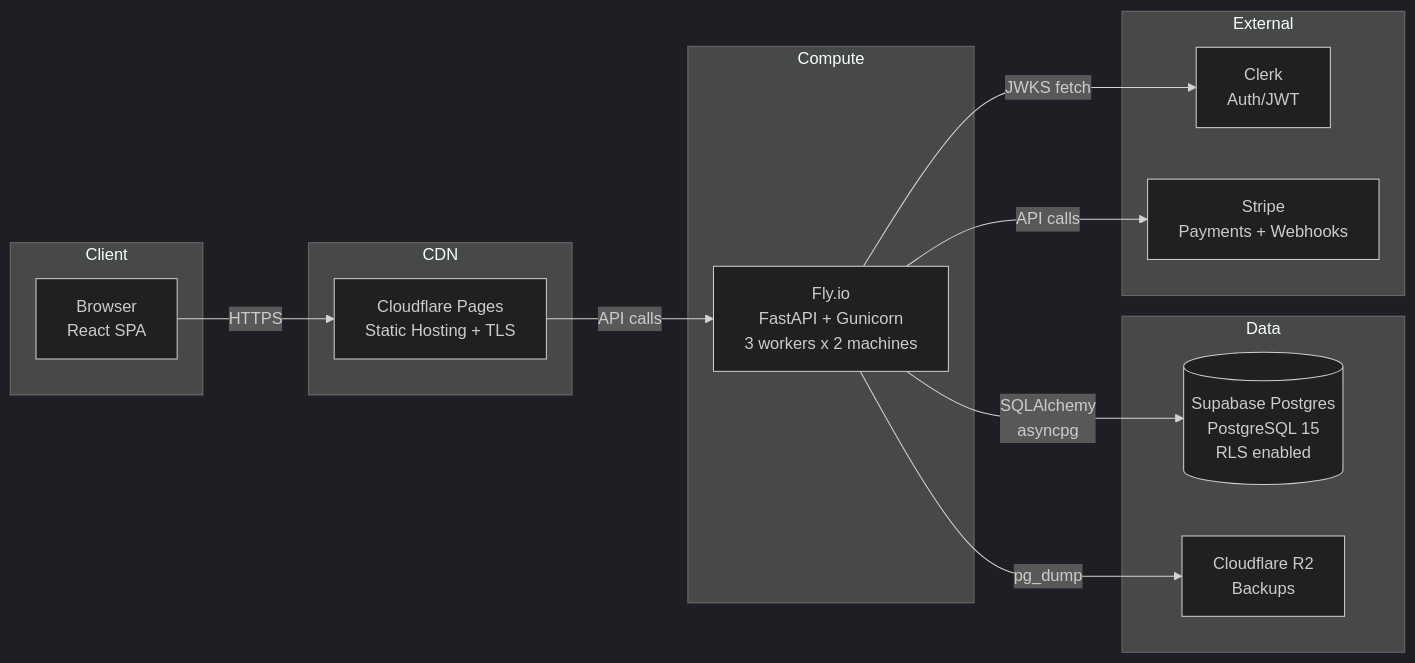
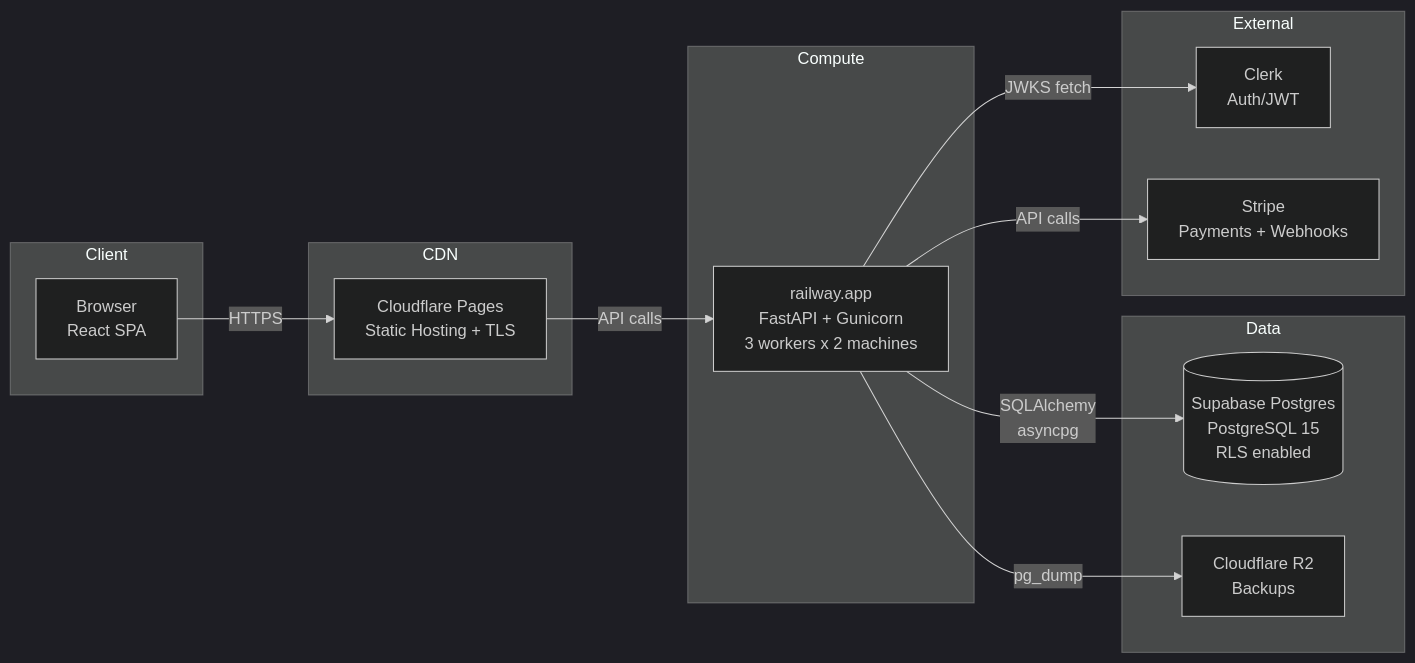
One commit to smiles70/Noni changed the diagram in docs/architecture/data-flow.md. Above: the diagram before and after it, drawn with Mermaid (dark theme). The commit also changed other lines of this file and 101 other files, not shown here.

````diff
--- a/docs/architecture/data-flow.md
+++ b/docs/architecture/data-flow.md
@@ -21,31 +21,31 @@
 ```mermaid
 flowchart LR
     subgraph Client
         Browser[Browser<br/>React SPA]
     end
 
     subgraph CDN
         CF[Cloudflare Pages<br/>Static Hosting + TLS]
     end
 
     subgraph Compute
-        Fly[Fly.io<br/>FastAPI + Gunicorn<br/>3 workers x 2 machines]
+        Railway[railway.app<br/>FastAPI + Gunicorn<br/>3 workers x 2 machines]
     end
 
     subgraph Data
         Supabase[(Supabase Postgres<br/>PostgreSQL 15<br/>RLS enabled)]
         R2[Cloudflare R2<br/>Backups]
     end
 
     subgraph External
         Clerk[Clerk<br/>Auth/JWT]
         Stripe[Stripe<br/>Payments + Webhooks]
     end
 
     Browser -->|HTTPS| CF
-    CF -->|API calls| Fly
-    Fly -->|SQLAlchemy<br/>asyncpg| Supabase
-    Fly -->|JWKS fetch| Clerk
-    Fly -->|API calls| Stripe
-    Fly -->|pg_dump| R2
+    CF -->|API calls| Railway
+    Railway -->|SQLAlchemy<br/>asyncpg| Supabase
+    Railway -->|JWKS fetch| Clerk
+    Railway -->|API calls| Stripe
+    Railway -->|pg_dump| R2
 ```
````
